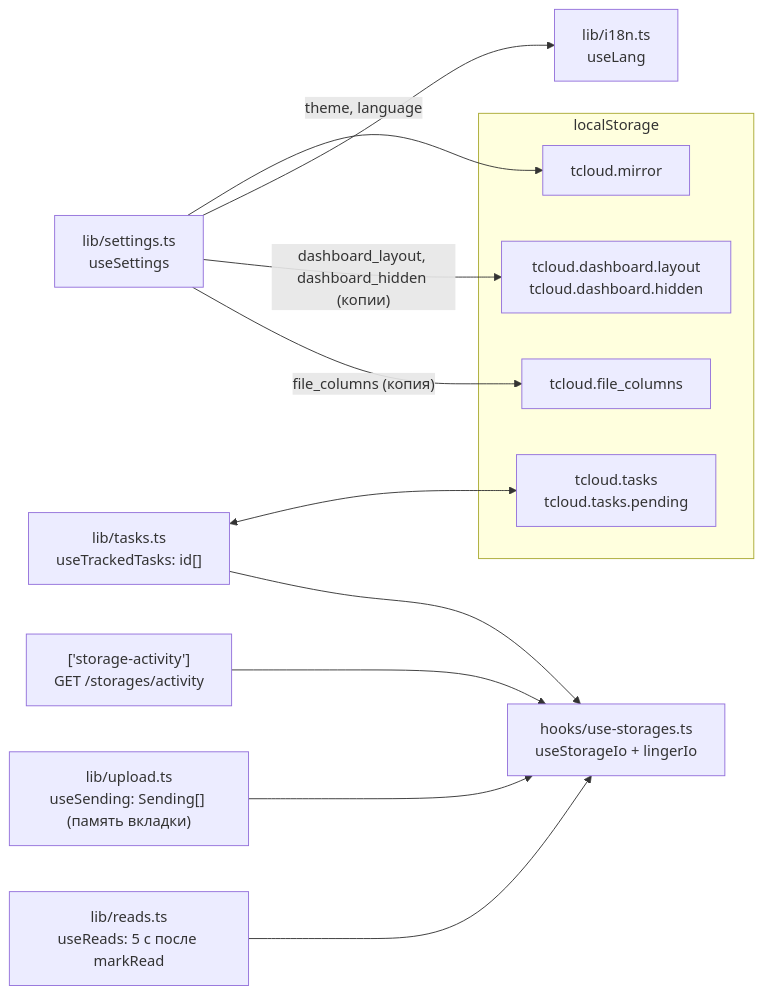
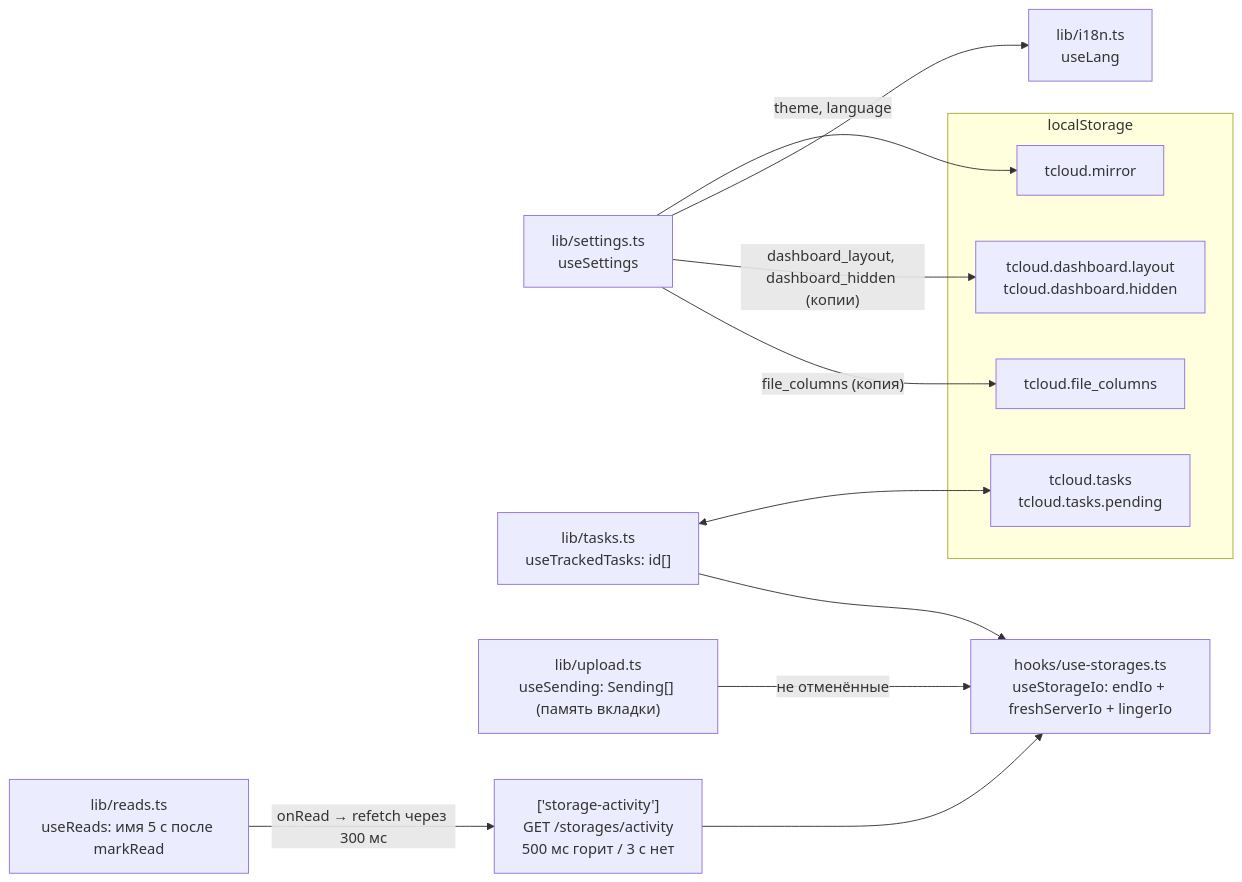
One commit to NikitkaZXC/tcloud-frontend changed the second of 5 diagrams in docs/data-flow.md. Above: the diagram before and after it, drawn with Mermaid. The commit also changed other lines of this file and 12 other files, not shown here.

Commit message:
fix: storage lamps go off when the operation ends, ignore stale server samples and poll 500 ms while lit

````diff
--- a/docs/data-flow.md
+++ b/docs/data-flow.md
@@ -101,22 +101,22 @@
 ```mermaid
 flowchart LR
     subgraph ls["localStorage"]
         tasksLs["tcloud.tasks<br/>tcloud.tasks.pending"]
         mirror["tcloud.mirror"]
         layout["tcloud.dashboard.layout<br/>tcloud.dashboard.hidden"]
         cols["tcloud.file_columns"]
     end
     settings["lib/settings.ts<br/>useSettings"] -- "theme, language" --> mirror
     tasks["lib/tasks.ts<br/>useTrackedTasks: id[]"] <--> tasksLs
     sending["lib/upload.ts<br/>useSending: Sending[] (память вкладки)"]
-    reads["lib/reads.ts<br/>useReads: 5 с после markRead"]
+    reads["lib/reads.ts<br/>useReads: имя 5 с после markRead"]
     lang["lib/i18n.ts<br/>useLang"]
-    io["hooks/use-storages.ts<br/>useStorageIo + lingerIo"]
-    srvIo["['storage-activity']<br/>GET /storages/activity"] --> io
-    sending --> io
+    io["hooks/use-storages.ts<br/>useStorageIo: endIo + freshServerIo + lingerIo"]
+    srvIo["['storage-activity']<br/>GET /storages/activity<br/>500 мс горит / 3 с нет"] --> io
+    sending -- "не отменённые" --> io
     tasks --> io
-    reads --> io
+    reads -- "onRead → refetch через 300 мс" --> srvIo
     settings --> lang
     settings -- "dashboard_layout, dashboard_hidden (копии)" --> layout
     settings -- "file_columns (копия)" --> cols
 ```
````
